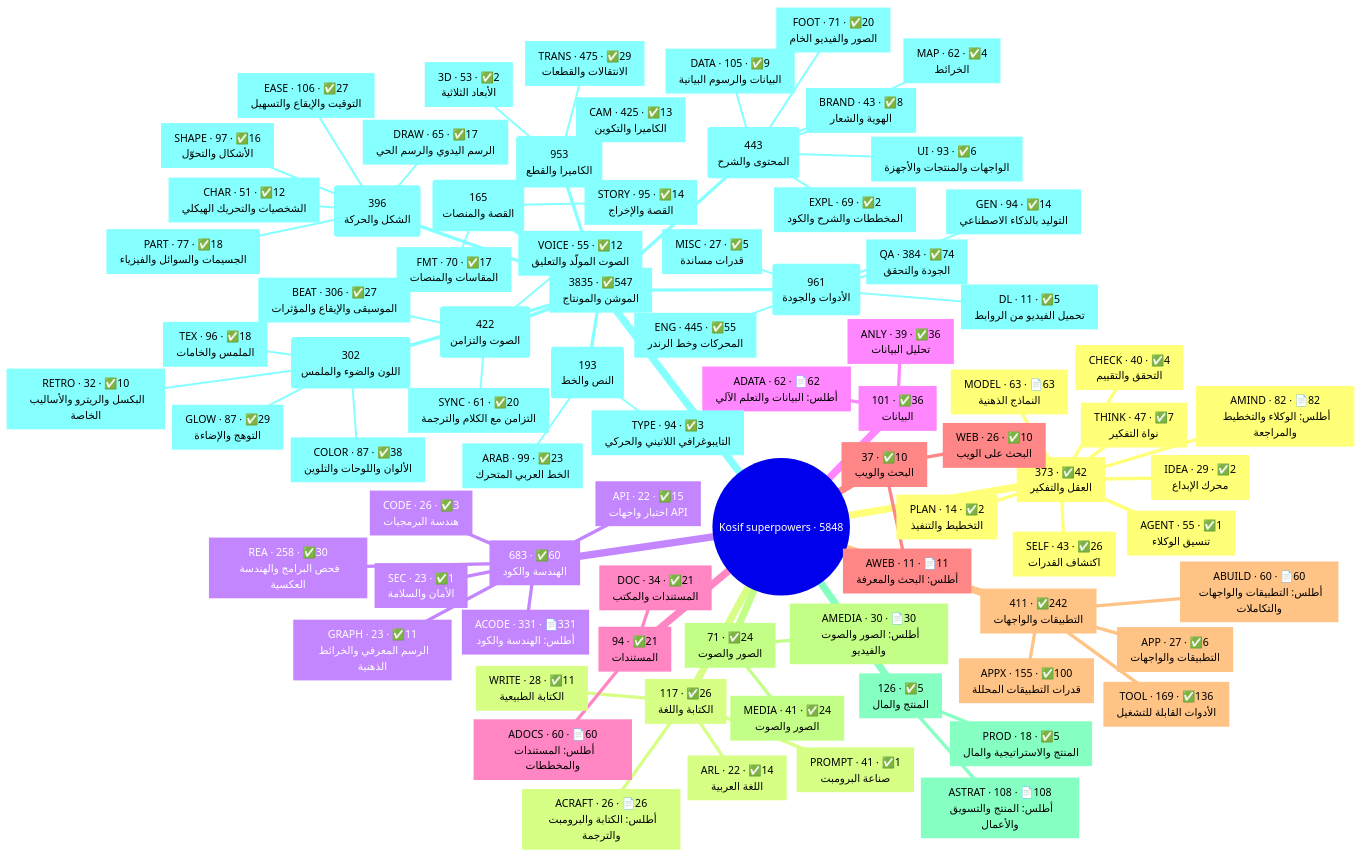
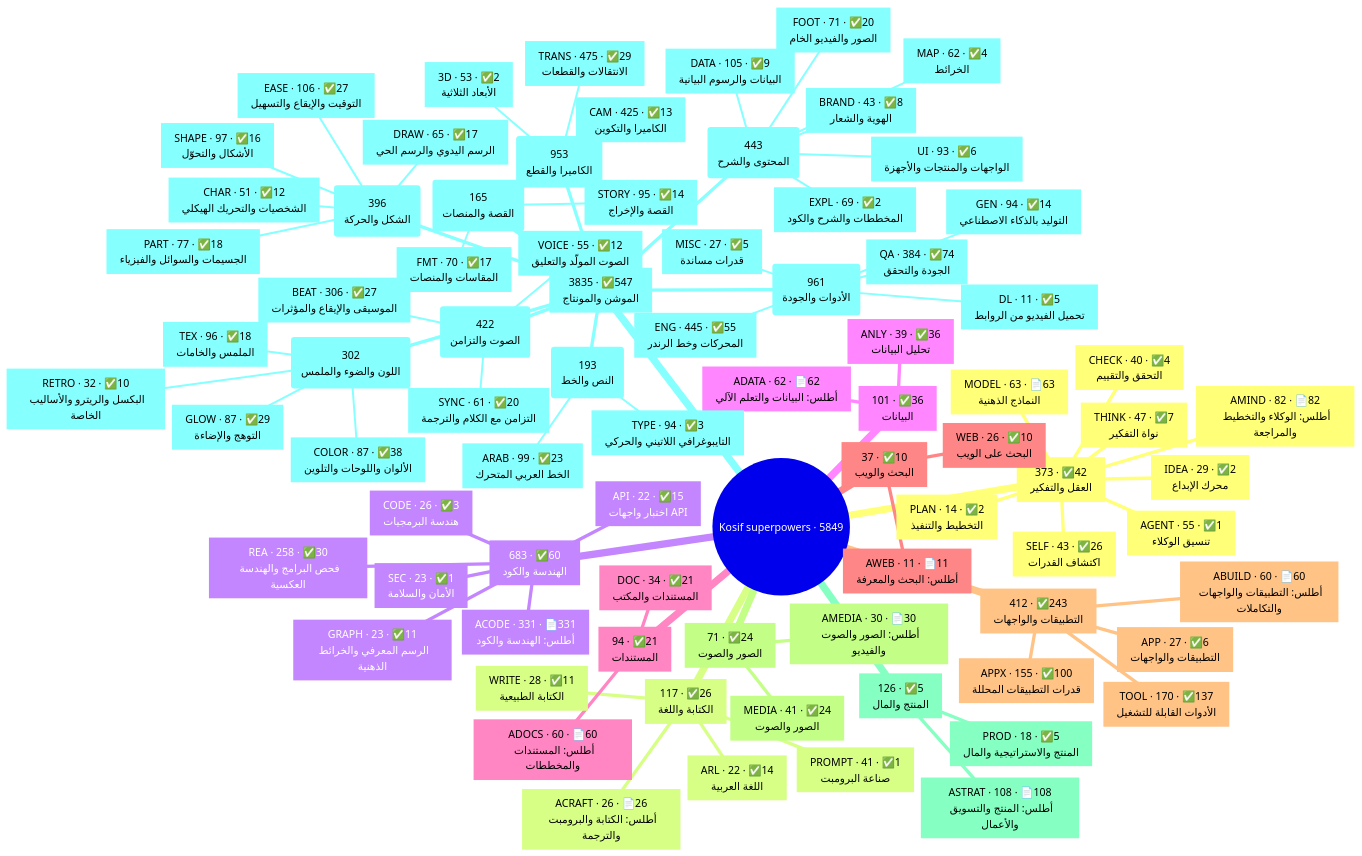
The first of 2 diagrams in .claude/skills/kosif-superpowers/references/capability-map.md (kosif199022-jpg/kosif-tool), drawn with Mermaid before and after one commit. The commit also changed other lines of this file and 77 other files, not shown here.

````diff
--- a/.claude/skills/kosif-superpowers/references/capability-map.md
+++ b/.claude/skills/kosif-superpowers/references/capability-map.md
@@ -18,6 +18,6 @@
 ```mermaid
 mindmap
-  root((Kosif superpowers · 5848))
+  root((Kosif superpowers · 5849))
     n1["`373 · ✅42
 العقل والتفكير`"]
       n2["`AMIND · 82 · 📄82
@@ -78,9 +78,9 @@
 البحث على الويب`"]
       n30["`AWEB · 11 · 📄11
 أطلس: البحث والمعرفة`"]
-    n31["`411 · ✅242
+    n31["`412 · ✅243
 التطبيقات والواجهات`"]
-      n32["`TOOL · 169 · ✅136
+      n32["`TOOL · 170 · ✅137
 الأدوات القابلة للتشغيل`"]
       n33["`APPX · 155 · ✅100
 قدرات التطبيقات المحللة`"]
````
